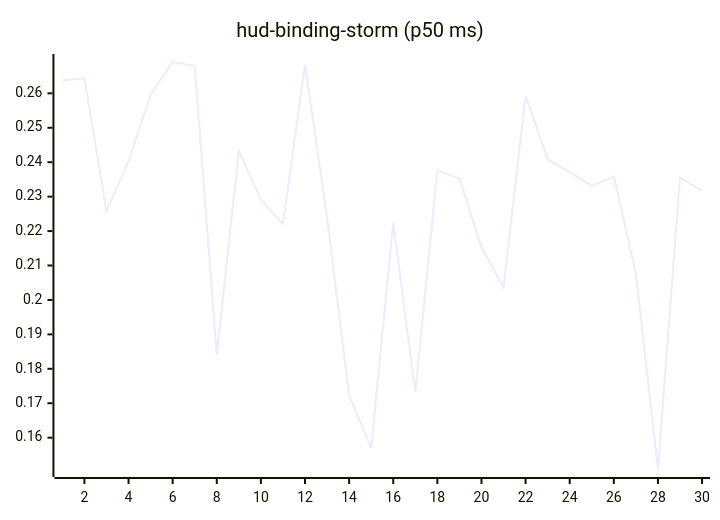
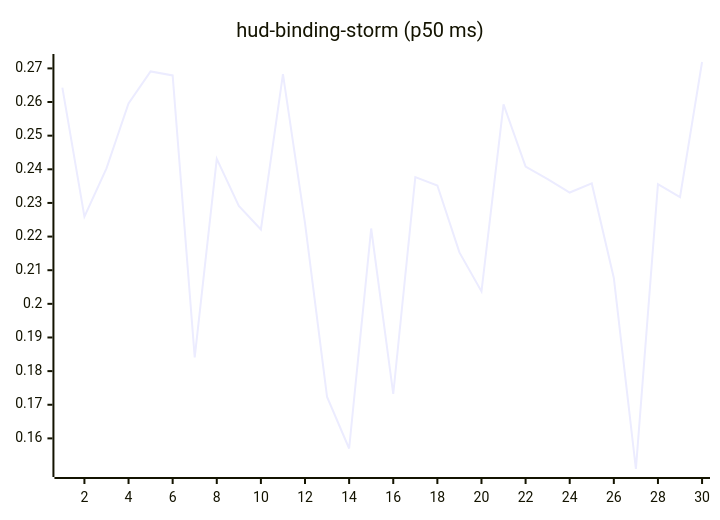
Before and after one commit to josha/Facet: the tenth of 27 diagrams in README.md, drawn with Mermaid. The commit also changed other lines of this file and 2 other files, not shown here.

````diff
--- a/README.md
+++ b/README.md
@@ -126,6 +126,6 @@
 ```mermaid
 xychart-beta
     title "hud-binding-storm (p50 ms)"
     x-axis 1 --> 30
-    line [0.2638, 0.2643, 0.2259, 0.2403, 0.2596, 0.2691, 0.2679, 0.1841, 0.2431, 0.2291, 0.2221, 0.2683, 0.2240, 0.1723, 0.1570, 0.2224, 0.1732, 0.2377, 0.2352, 0.2153, 0.2037, 0.2593, 0.2408, 0.2371, 0.2331, 0.2358, 0.2077, 0.1509, 0.2356, 0.2317]
+    line [0.2643, 0.2259, 0.2403, 0.2596, 0.2691, 0.2679, 0.1841, 0.2431, 0.2291, 0.2221, 0.2683, 0.2240, 0.1723, 0.1570, 0.2224, 0.1732, 0.2377, 0.2352, 0.2153, 0.2037, 0.2593, 0.2408, 0.2371, 0.2331, 0.2358, 0.2077, 0.1509, 0.2356, 0.2317, 0.2719]
 ```
````
